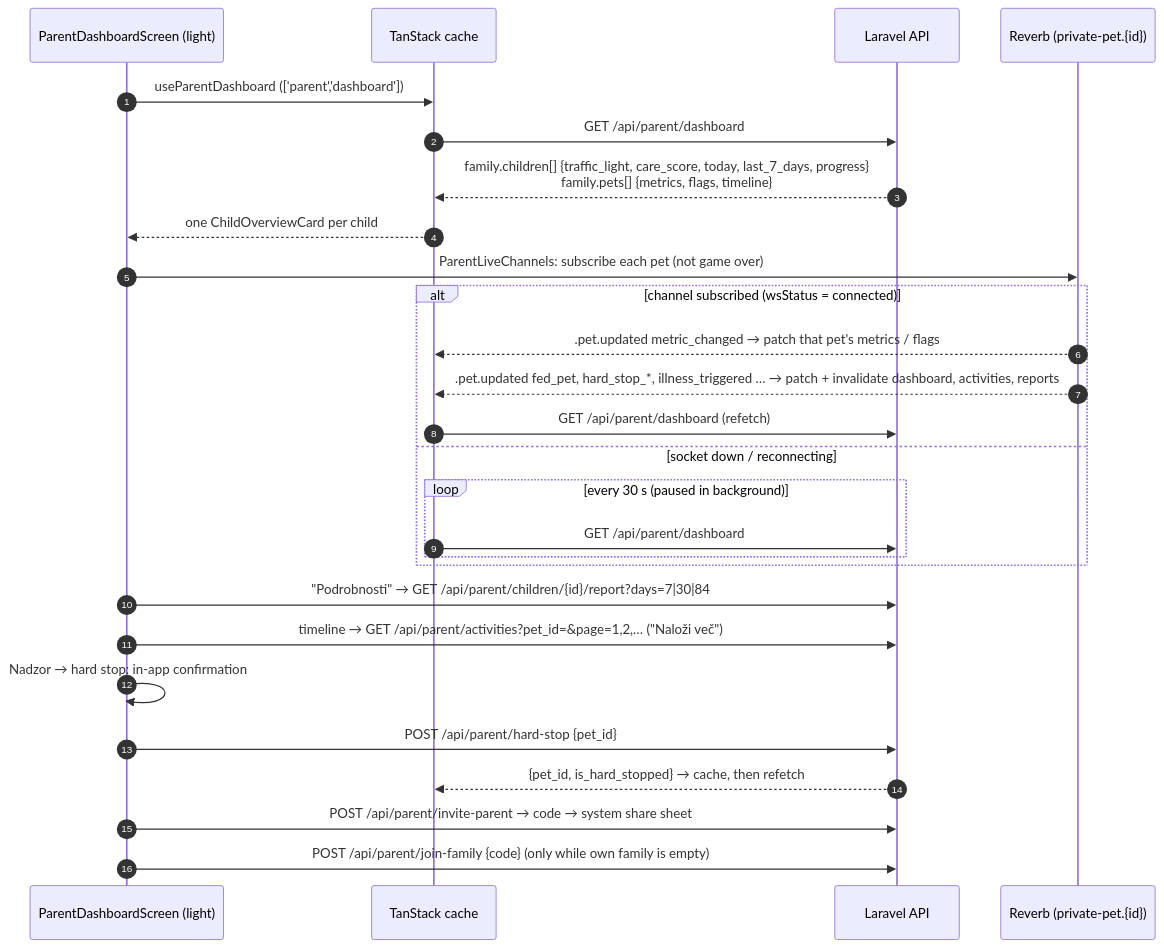
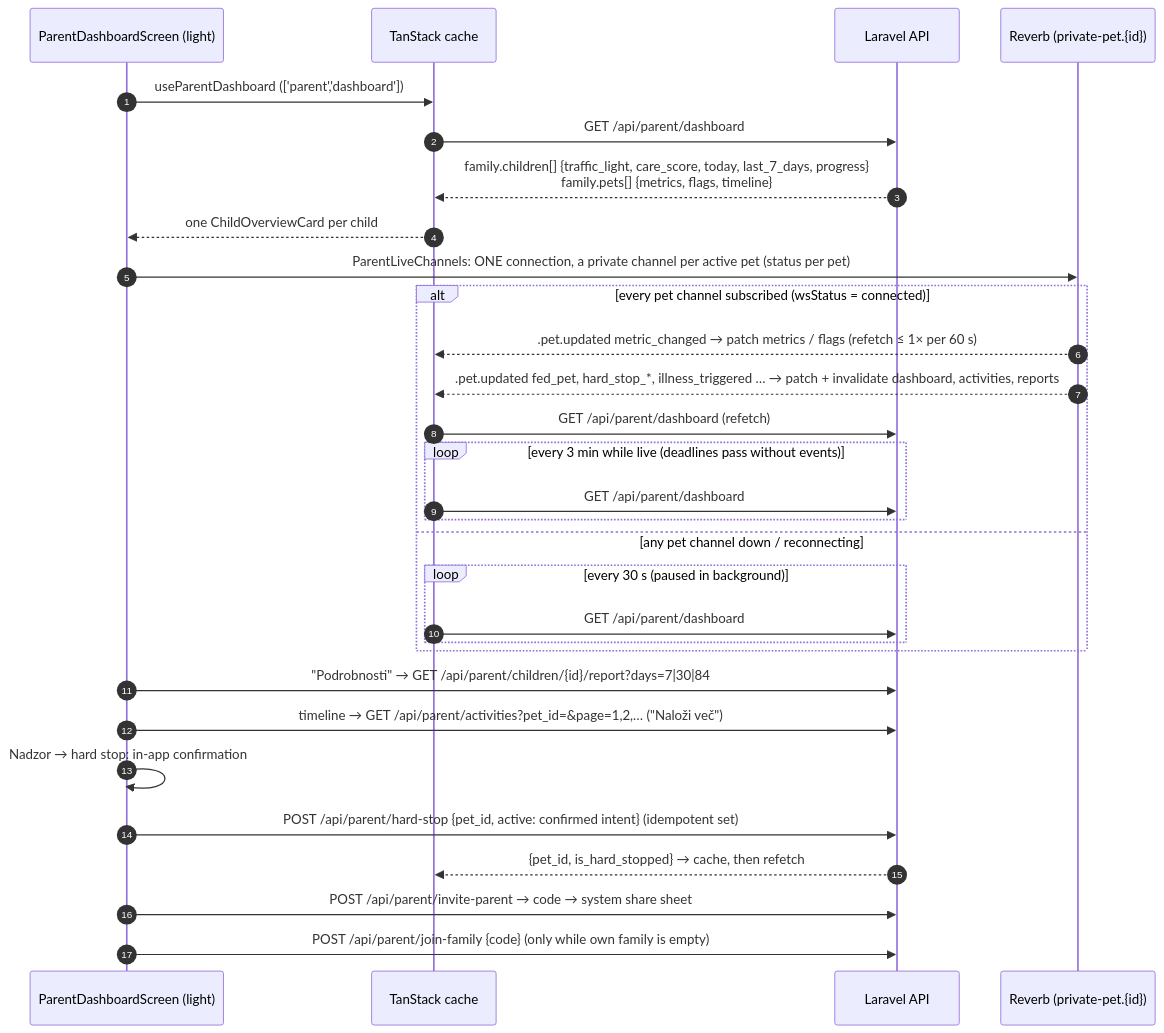
Diagram 17 of 17 in docs/engineering/DIAGRAMS.md (DataVallis/pet-prep), drawn with Mermaid before and after one commit. The commit also changed 31 other files, not shown here.

````diff
--- a/docs/engineering/DIAGRAMS.md
+++ b/docs/engineering/DIAGRAMS.md
@@ -625,30 +625,33 @@
 ```mermaid
 sequenceDiagram
   autonumber
   participant UI as ParentDashboardScreen (light)
   participant Q as TanStack cache
   participant API as Laravel API
   participant Rev as Reverb (private-pet.{id})
 
   UI->>Q: useParentDashboard (['parent','dashboard'])
   Q->>API: GET /api/parent/dashboard
   API-->>Q: family.children[] {traffic_light, care_score, today, last_7_days, progress}<br/>family.pets[] {metrics, flags, timeline}
   Q-->>UI: one ChildOverviewCard per child
-  UI->>Rev: ParentLiveChannels: subscribe each pet (not game over)
-  alt channel subscribed (wsStatus = connected)
-    Rev-->>Q: .pet.updated metric_changed → patch that pet's metrics / flags
+  UI->>Rev: ParentLiveChannels: ONE connection, a private channel per active pet (status per pet)
+  alt every pet channel subscribed (wsStatus = connected)
+    Rev-->>Q: .pet.updated metric_changed → patch metrics / flags (refetch ≤ 1× per 60 s)
     Rev-->>Q: .pet.updated fed_pet, hard_stop_*, illness_triggered … → patch + invalidate dashboard, activities, reports
     Q->>API: GET /api/parent/dashboard (refetch)
-  else socket down / reconnecting
+    loop every 3 min while live (deadlines pass without events)
+      Q->>API: GET /api/parent/dashboard
+    end
+  else any pet channel down / reconnecting
     loop every 30 s (paused in background)
       Q->>API: GET /api/parent/dashboard
     end
   end
   UI->>API: "Podrobnosti" → GET /api/parent/children/{id}/report?days=7|30|84
   UI->>API: timeline → GET /api/parent/activities?pet_id=&page=1,2,… ("Naloži več")
   UI->>UI: Nadzor → hard stop: in-app confirmation
-  UI->>API: POST /api/parent/hard-stop {pet_id}
+  UI->>API: POST /api/parent/hard-stop {pet_id, active: confirmed intent} (idempotent set)
   API-->>Q: {pet_id, is_hard_stopped} → cache, then refetch
   UI->>API: POST /api/parent/invite-parent → code → system share sheet
   UI->>API: POST /api/parent/join-family {code} (only while own family is empty)
 ```
````
